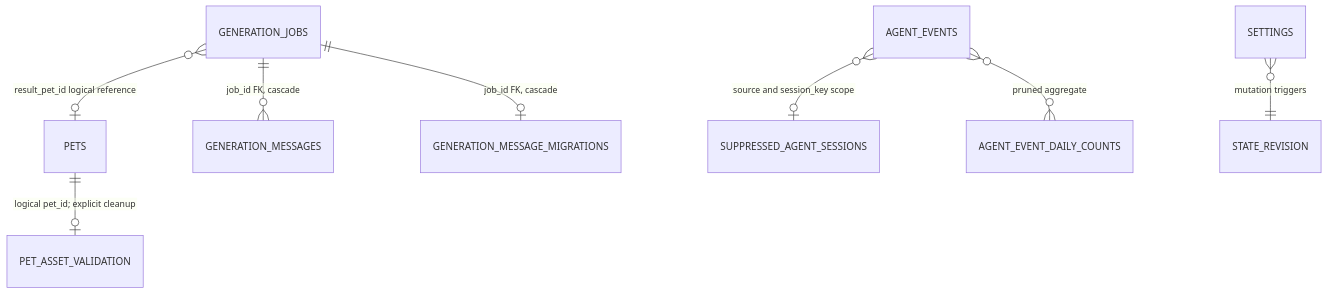
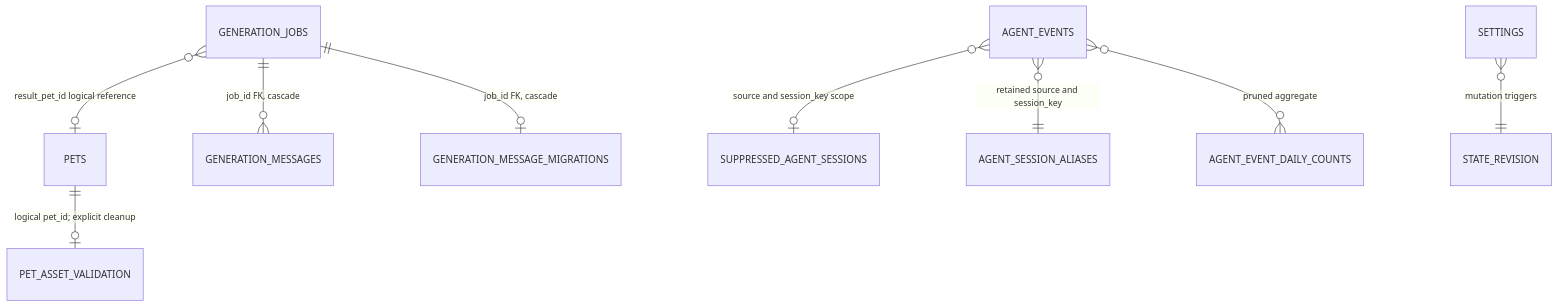
The diagram in docs/architecture/data-model.md (xjxtree/agent-pet-companion), drawn with Mermaid before and after one commit. The commit also changed other lines of this file and 99 other files, not shown here.

````diff
--- a/docs/architecture/data-model.md
+++ b/docs/architecture/data-model.md
@@ -33,10 +33,11 @@
 ```mermaid
 erDiagram
     PETS ||--o| PET_ASSET_VALIDATION : "logical pet_id; explicit cleanup"
     GENERATION_JOBS ||--o{ GENERATION_MESSAGES : "job_id FK, cascade"
     GENERATION_JOBS ||--o| GENERATION_MESSAGE_MIGRATIONS : "job_id FK, cascade"
     GENERATION_JOBS }o--o| PETS : "result_pet_id logical reference"
     AGENT_EVENTS }o--o| SUPPRESSED_AGENT_SESSIONS : "source and session_key scope"
+    AGENT_EVENTS }o--|| AGENT_SESSION_ALIASES : "retained source and session_key"
     AGENT_EVENTS }o--o{ AGENT_EVENT_DAILY_COUNTS : "pruned aggregate"
     SETTINGS }o--|| STATE_REVISION : "mutation triggers"
 ```
````
